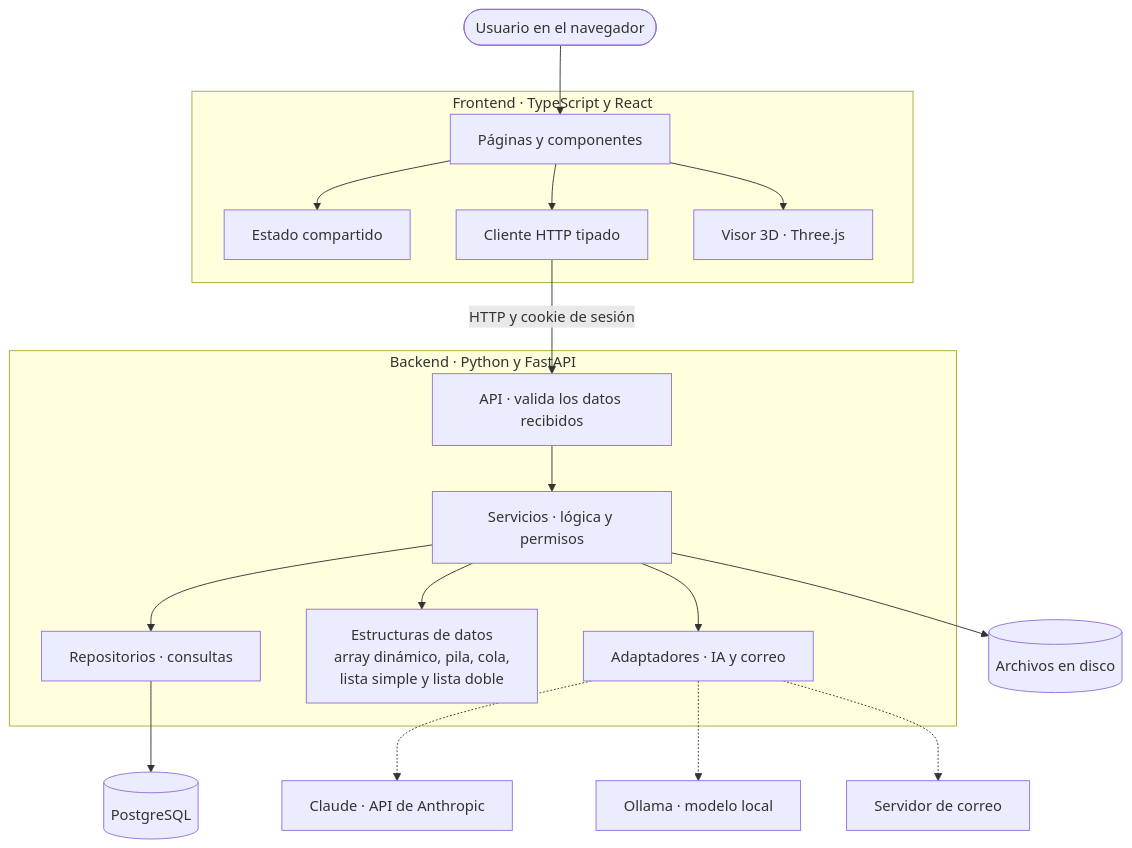
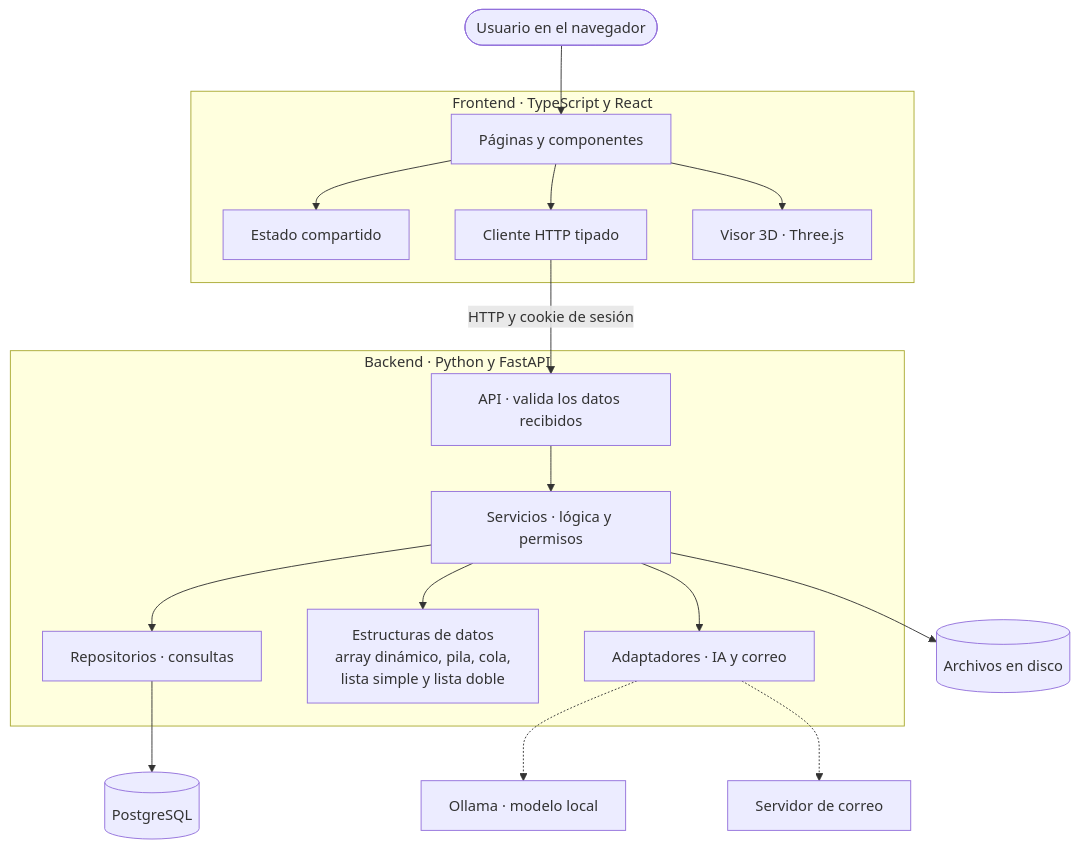
The diagram in docs/03_ARQUITECTURA.md (ssantivr/ARQUILA), drawn with Mermaid before and after one commit. The commit also changed 23 other files, not shown here.

````diff
--- a/docs/03_ARQUITECTURA.md
+++ b/docs/03_ARQUITECTURA.md
@@ -25,40 +25,38 @@
 ```mermaid
 flowchart TD
     user([Usuario en el navegador])
 
     subgraph frontend["Frontend · TypeScript y React"]
         pages["Páginas y componentes"]
         state["Estado compartido"]
         client["Cliente HTTP tipado"]
         viewer["Visor 3D · Three.js"]
         pages --> state
         pages --> client
         pages --> viewer
     end
 
     subgraph backend["Backend · Python y FastAPI"]
         api["API · valida los datos recibidos"]
         services["Servicios · lógica y permisos"]
         repositories["Repositorios · consultas"]
         structures["Estructuras de datos<br/>array dinámico, pila, cola,<br/>lista simple y lista doble"]
         adapters["Adaptadores · IA y correo"]
         api --> services
         services --> repositories
         services --> structures
         services --> adapters
     end
 
     database[("PostgreSQL")]
     files[("Archivos en disco")]
-    claude["Claude · API de Anthropic"]
     ollama["Ollama · modelo local"]
     smtp["Servidor de correo"]
 
     user --> pages
     client -- "HTTP y cookie de sesión" --> api
     repositories --> database
     services --> files
-    adapters -.-> claude
     adapters -.-> ollama
     adapters -.-> smtp
 ```
````
